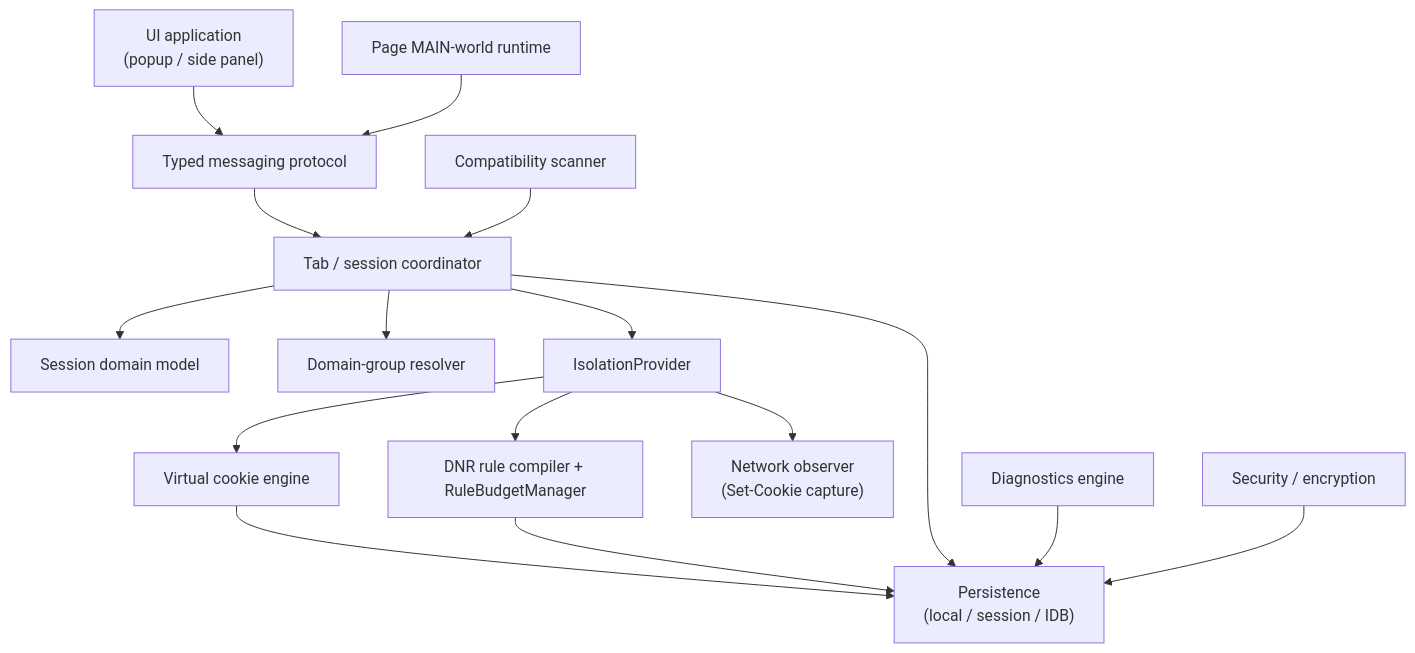
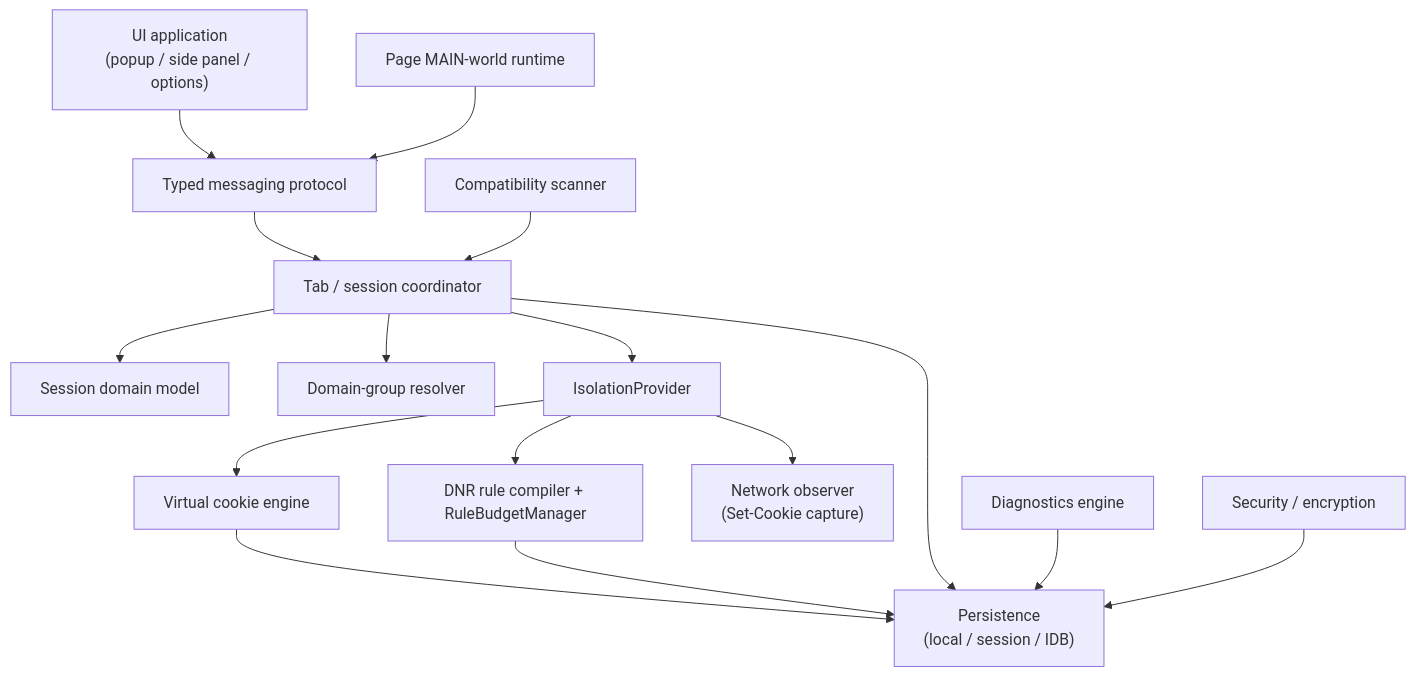
Before and after one commit to Mohpfd96/session-vault: the first of 2 diagrams in docs/architecture.md, drawn with Mermaid. The commit also changed other lines of this file and 22 other files, not shown here.

````diff
--- a/docs/architecture.md
+++ b/docs/architecture.md
@@ -50,33 +53,33 @@
 ```mermaid
 flowchart TB
-  UI["UI application\n(popup / side panel)"]
+  UI["UI application\n(popup / side panel / options)"]
   MSG["Typed messaging protocol"]
   COORD["Tab / session coordinator"]
   DOM["Session domain model"]
   DG["Domain-group resolver"]
   COOKIE["Virtual cookie engine"]
   DNR["DNR rule compiler + RuleBudgetManager"]
   NET["Network observer\n(Set-Cookie capture)"]
   STORE["Persistence\n(local / session / IDB)"]
   PAGE["Page MAIN-world runtime"]
   COMP["Compatibility scanner"]
   DIAG["Diagnostics engine"]
   SEC["Security / encryption"]
   PROVIDER["IsolationProvider"]
 
   UI --> MSG
   MSG --> COORD
   COORD --> DOM
   COORD --> DG
   COORD --> PROVIDER
   PROVIDER --> COOKIE
   PROVIDER --> DNR
   PROVIDER --> NET
   COOKIE --> STORE
   DNR --> STORE
   COORD --> STORE
   PAGE --> MSG
   COMP --> COORD
   DIAG --> STORE
   SEC --> STORE
 ```
````
